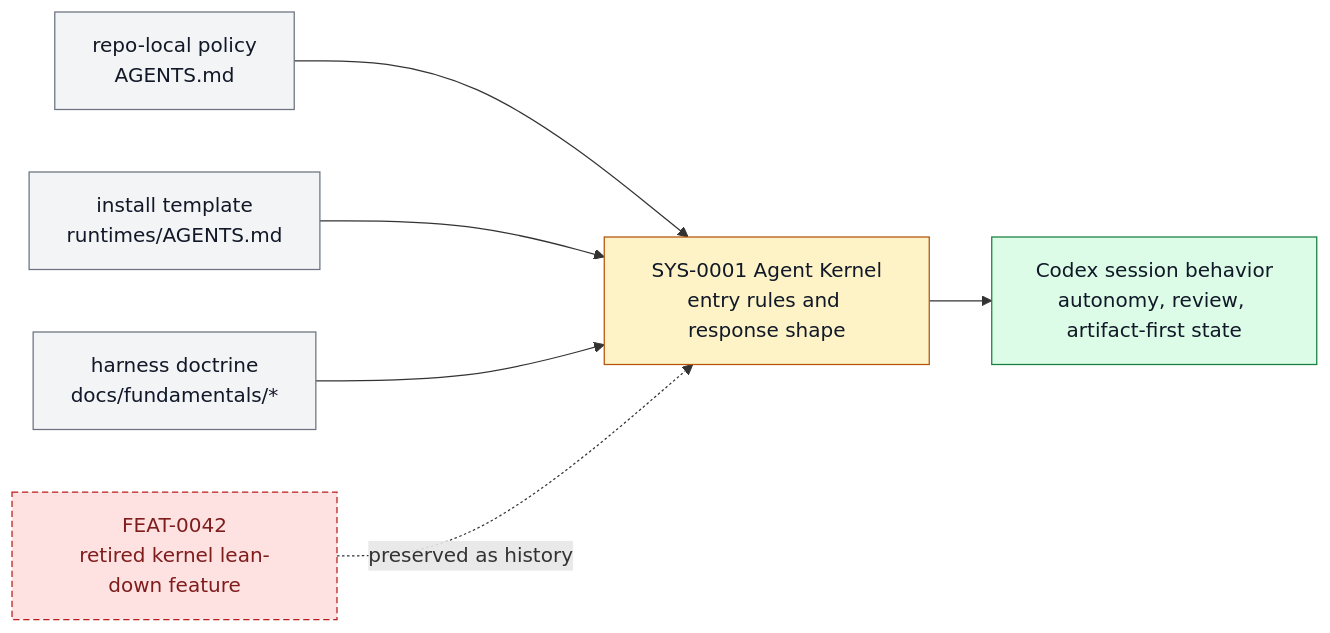
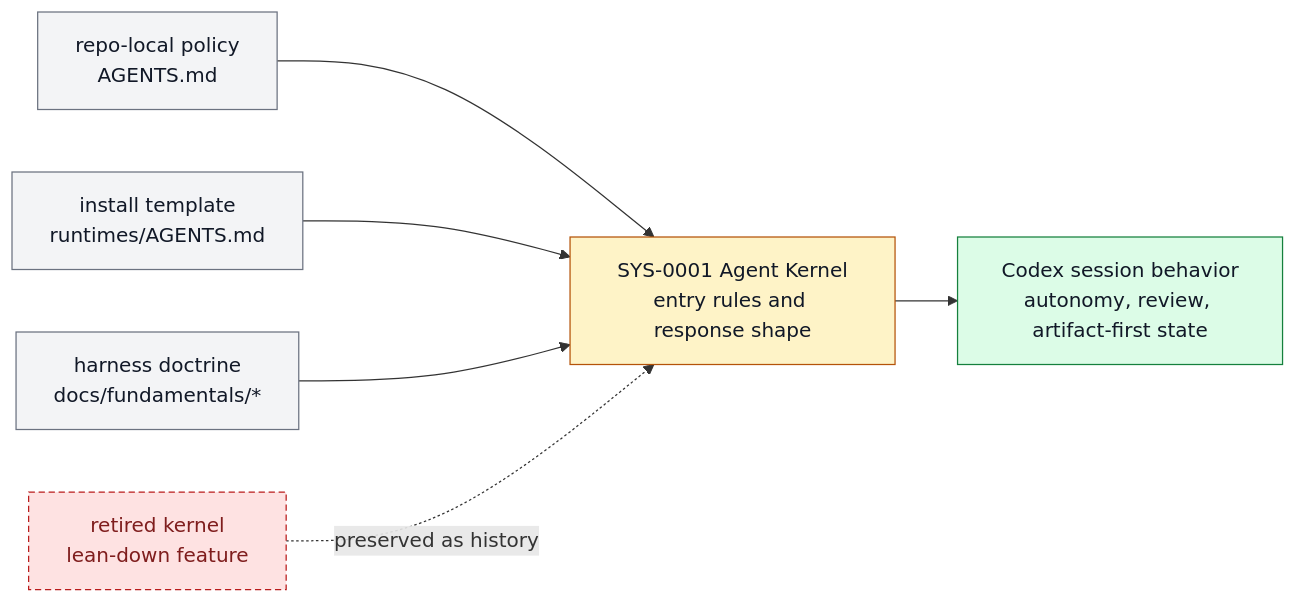
The diagram in docs/systems/agent-kernel.md (ZanarkandTechnologies/Farplane), drawn with Mermaid before and after one commit. The commit also changed other lines of this file and 63 other files, not shown here.

````diff
--- a/docs/systems/agent-kernel.md
+++ b/docs/systems/agent-kernel.md
@@ -148,20 +148,20 @@
 ```mermaid
 flowchart LR
   classDef keep fill:#f3f4f6,stroke:#6b7280,color:#111827
   classDef changed fill:#fef3c7,stroke:#b45309,color:#111827
   classDef added fill:#dcfce7,stroke:#15803d,color:#111827
   classDef retired fill:#fee2e2,stroke:#b91c1c,color:#7f1d1d,stroke-dasharray: 5 3
 
   repo["repo-local policy<br/>AGENTS.md"]:::keep
   global["install template<br/>runtimes/AGENTS.md"]:::keep
   doctrine["harness doctrine<br/>docs/fundamentals/*"]:::keep
   kernel["SYS-0001 Agent Kernel<br/>entry rules and response shape"]:::changed
-  retired["FEAT-0042<br/>retired kernel lean-down feature"]:::retired
+  retired["retired kernel<br/>lean-down feature"]:::retired
   session["Codex session behavior<br/>autonomy, review, artifact-first state"]:::added
 
   repo --> kernel
   global --> kernel
   doctrine --> kernel
   retired -. "preserved as history" .-> kernel
   kernel --> session
 ```
````
